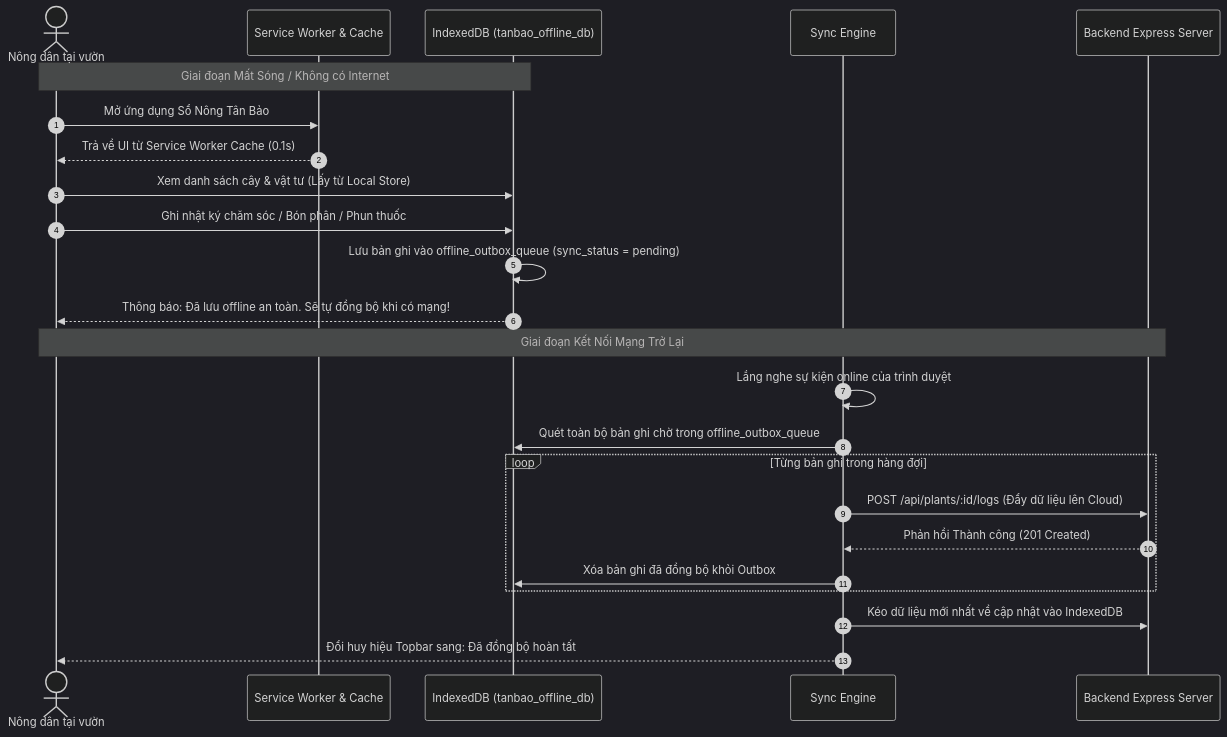
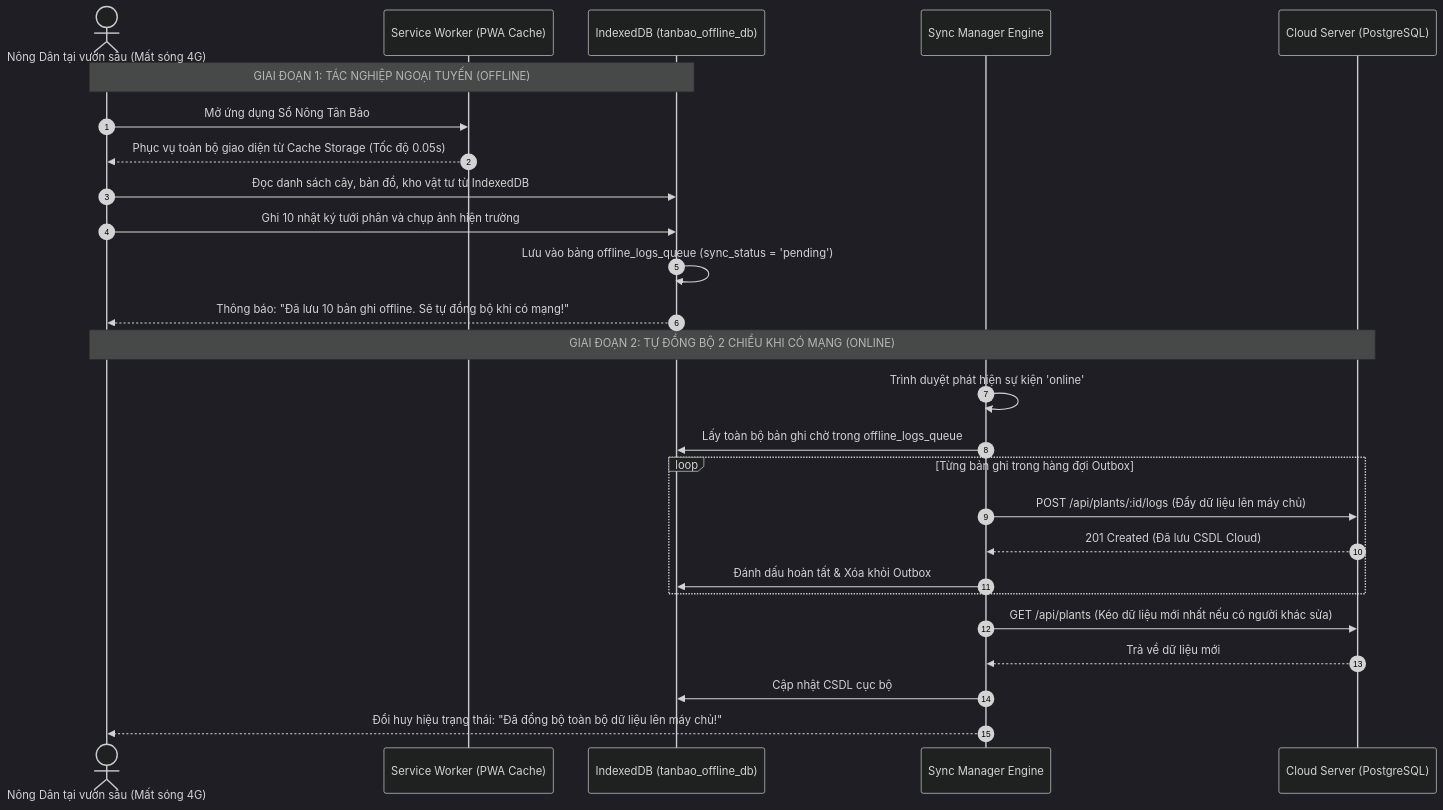
Before and after one commit to Phuc0901-pp/plant-book: the ninth of 16 diagrams in README.md, drawn with Mermaid (dark theme). The commit also changed other lines of this file, not shown here.

Commit message:
docs(readme): comprehensive system architecture, mindmaps, SOP flowcharts, ERD, API specs and QA/QC audit report

````diff
--- a/README.md
+++ b/README.md
@@ -248,28 +410,30 @@
 ```mermaid
 sequenceDiagram
     autonumber
-    actor Farmer as Nông dân tại vườn
-    participant SW as Service Worker & Cache
+    actor Farmer as Nông Dân tại vườn sâu (Mất sóng 4G)
+    participant SW as Service Worker (PWA Cache)
     participant IDB as IndexedDB (tanbao_offline_db)
-    participant Sync as Sync Engine
-    participant Server as Backend Express Server
+    participant Sync as Sync Manager Engine
+    participant Cloud as Cloud Server (PostgreSQL)
 
-    Note over Farmer,IDB: Giai đoạn Mất Sóng / Không có Internet
+    Note over Farmer,IDB: GIAI ĐOẠN 1: TÁC NGHIỆP NGOẠI TUYẾN (OFFLINE)
     Farmer->>SW: Mở ứng dụng Sổ Nông Tân Bảo
-    SW-->>Farmer: Trả về UI từ Service Worker Cache (0.1s)
-    Farmer->>IDB: Xem danh sách cây & vật tư (Lấy từ Local Store)
-    Farmer->>IDB: Ghi nhật ký chăm sóc / Bón phân / Phun thuốc
-    IDB->>IDB: Lưu bản ghi vào offline_outbox_queue (sync_status = pending)
-    IDB-->>Farmer: Thông báo: Đã lưu offline an toàn. Sẽ tự đồng bộ khi có mạng!
+    SW-->>Farmer: Phục vụ toàn bộ giao diện từ Cache Storage (Tốc độ 0.05s)
+    Farmer->>IDB: Đọc danh sách cây, bản đồ, kho vật tư từ IndexedDB
+    Farmer->>IDB: Ghi 10 nhật ký tưới phân và chụp ảnh hiện trường
+    IDB->>IDB: Lưu vào bảng offline_logs_queue (sync_status = 'pending')
+    IDB-->>Farmer: Thông báo: "Đã lưu 10 bản ghi offline. Sẽ tự đồng bộ khi có mạng!"
 
-    Note over Farmer,Server: Giai đoạn Kết Nối Mạng Trở Lại
-    Sync->>Sync: Lắng nghe sự kiện online của trình duyệt
-    Sync->>IDB: Quét toàn bộ bản ghi chờ trong offline_outbox_queue
-    loop Từng bản ghi trong hàng đợi
-        Sync->>Server: POST /api/plants/:id/logs (Đẩy dữ liệu lên Cloud)
-        Server-->>Sync: Phản hồi Thành công (201 Created)
-        Sync->>IDB: Xóa bản ghi đã đồng bộ khỏi Outbox
+    Note over Farmer,Cloud: GIAI ĐOẠN 2: TỰ ĐỒNG BỘ 2 CHIỀU KHI CÓ MẠNG (ONLINE)
+    Sync->>Sync: Trình duyệt phát hiện sự kiện 'online'
+    Sync->>IDB: Lấy toàn bộ bản ghi chờ trong offline_logs_queue
+    loop Từng bản ghi trong hàng đợi Outbox
+        Sync->>Cloud: POST /api/plants/:id/logs (Đẩy dữ liệu lên máy chủ)
+        Cloud-->>Sync: 201 Created (Đã lưu CSDL Cloud)
+        Sync->>IDB: Đánh dấu hoàn tất & Xóa khỏi Outbox
     end
-    Sync->>Server: Kéo dữ liệu mới nhất về cập nhật vào IndexedDB
-    Sync-->>Farmer: Đổi huy hiệu Topbar sang: Đã đồng bộ hoàn tất
+    Sync->>Cloud: GET /api/plants (Kéo dữ liệu mới nhất nếu có người khác sửa)
+    Cloud-->>Sync: Trả về dữ liệu mới
+    Sync->>IDB: Cập nhật CSDL cục bộ
+    Sync-->>Farmer: Đổi huy hiệu trạng thái: "Đã đồng bộ toàn bộ dữ liệu lên máy chủ!"
 ```
````
